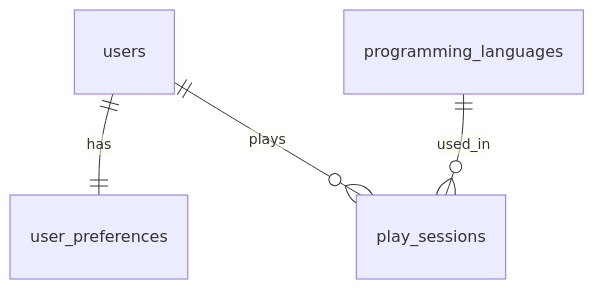
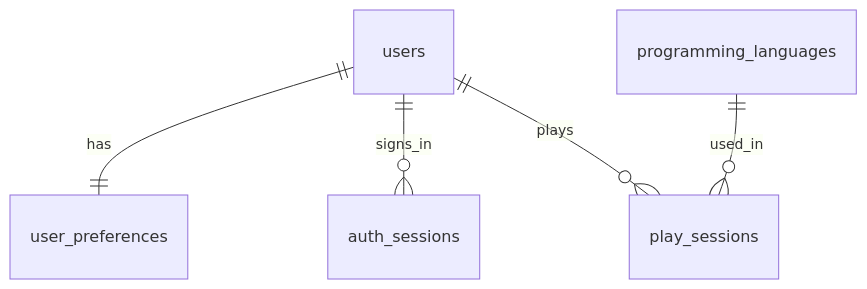
One commit to leon0128/TypingTrainer changed the diagram in docs/requirements.md. Above: the diagram before and after it, drawn with Mermaid. The commit also changed other lines of this file and 23 other files, not shown here.

````diff
--- a/docs/requirements.md
+++ b/docs/requirements.md
@@ -729,6 +733,7 @@
 ```mermaid
 erDiagram
     users ||--|| user_preferences : has
+    users ||--o{ auth_sessions : signs_in
     users ||--o{ play_sessions : plays
     programming_languages ||--o{ play_sessions : used_in
 ```
````
